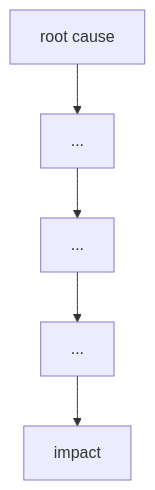
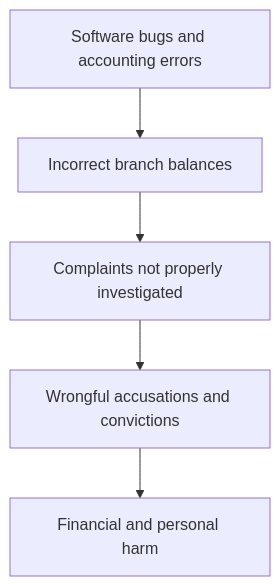
One commit to chungseang123-alt/clubhub-certifiedvibecoder changed the diagram in lab-01/failure-case-analysis.md. Above: the diagram before and after it, drawn with Mermaid. The commit also changed other lines of this file, not shown here.

Commit message:
Lab-01 task 3: What failed by Song Panhaseth

````diff
--- a/lab-01/failure-case-analysis.md
+++ b/lab-01/failure-case-analysis.md
@@ -14,7 +14,7 @@
 ```mermaid
 flowchart TD
-  A["root cause"] --> B["..."]
-  B --> C["..."]
-  C --> D["..."]
-  D --> E["impact"]
+  A["Software bugs and accounting errors"] --> B["Incorrect branch balances"]
+  B --> C["Complaints not properly investigated"]
+  C --> D["Wrongful accusations and convictions"]
+  D --> E["Financial and personal harm"]
 ```
````
